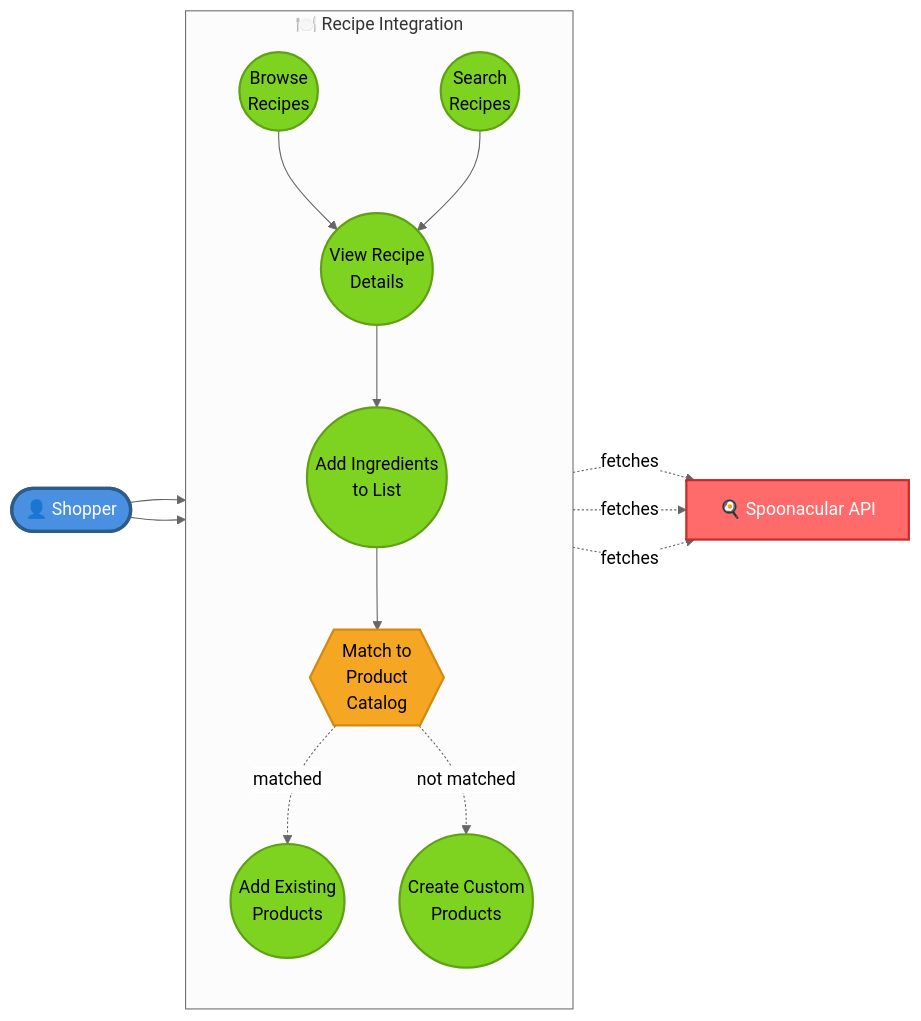
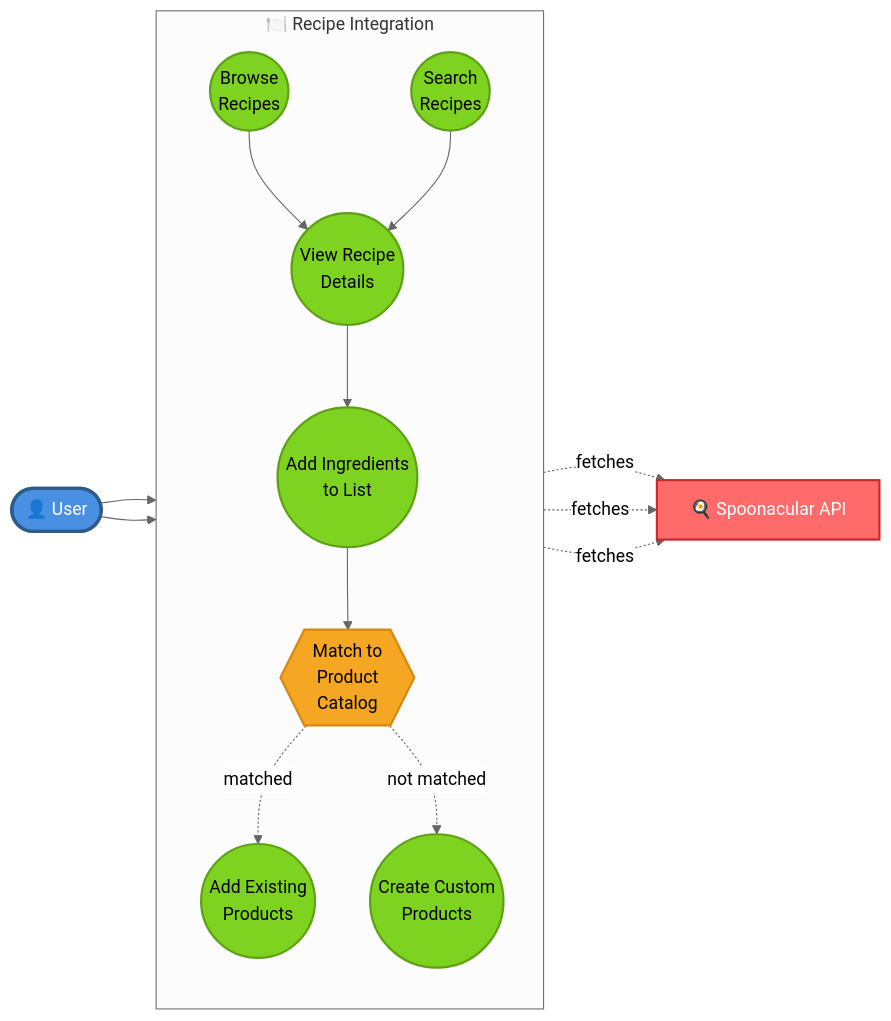
The fourth of 6 diagrams in docs/USE_CASE_DIAGRAM.md (MessiahRailey-29/CapstoneProject), drawn with Mermaid (neutral theme) before and after one commit. The commit also changed other lines of this file, not shown here.

First line of the commit message:
Simplify use case diagrams to use single User actor

````diff
--- a/docs/USE_CASE_DIAGRAM.md
+++ b/docs/USE_CASE_DIAGRAM.md
@@ -255,43 +237,43 @@
 ```mermaid
 flowchart LR
     %% Actor and External System
-    Shopper([👤 Shopper])
+    User([👤 User])
     Spoonacular[🍳 Spoonacular API]
 
     subgraph RECIPES["🍽️ Recipe Integration"]
         direction TB
 
         UC40((Browse<br/>Recipes))
         UC41((Search<br/>Recipes))
         UC42((View Recipe<br/>Details))
         UC43((Add Ingredients<br/>to List))
 
         Match{{Match to<br/>Product<br/>Catalog}}
 
         UC40 --> UC42
         UC41 --> UC42
         UC42 --> UC43
         UC43 --> Match
         Match -.->|matched| AddExisting((Add Existing<br/>Products))
         Match -.->|not matched| CreateCustom((Create Custom<br/>Products))
     end
 
     %% Connections
-    Shopper --> UC40
-    Shopper --> UC41
+    User --> UC40
+    User --> UC41
 
     UC40 -.->|fetches| Spoonacular
     UC41 -.->|fetches| Spoonacular
     UC42 -.->|fetches| Spoonacular
 
     %% Styling
     classDef actorStyle fill:#4A90E2,stroke:#2E5C8A,stroke-width:3px,color:#fff
     classDef systemStyle fill:#FF6B6B,stroke:#C92A2A,stroke-width:2px,color:#fff
     classDef processStyle fill:#7ED321,stroke:#5FA015,stroke-width:2px
     classDef decisionStyle fill:#F5A623,stroke:#D68910,stroke-width:2px
 
-    class Shopper actorStyle
+    class User actorStyle
     class Spoonacular systemStyle
     class UC40,UC41,UC42,UC43,AddExisting,CreateCustom processStyle
     class Match decisionStyle
 ```
````
